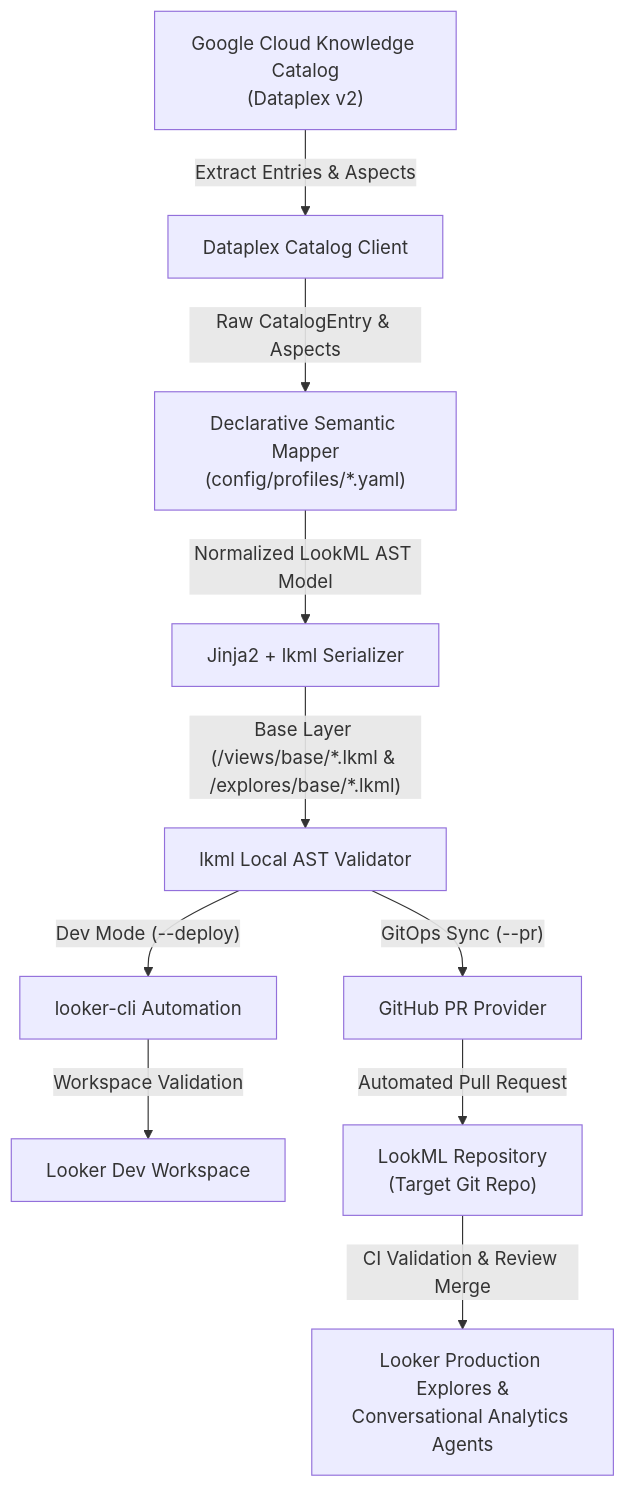
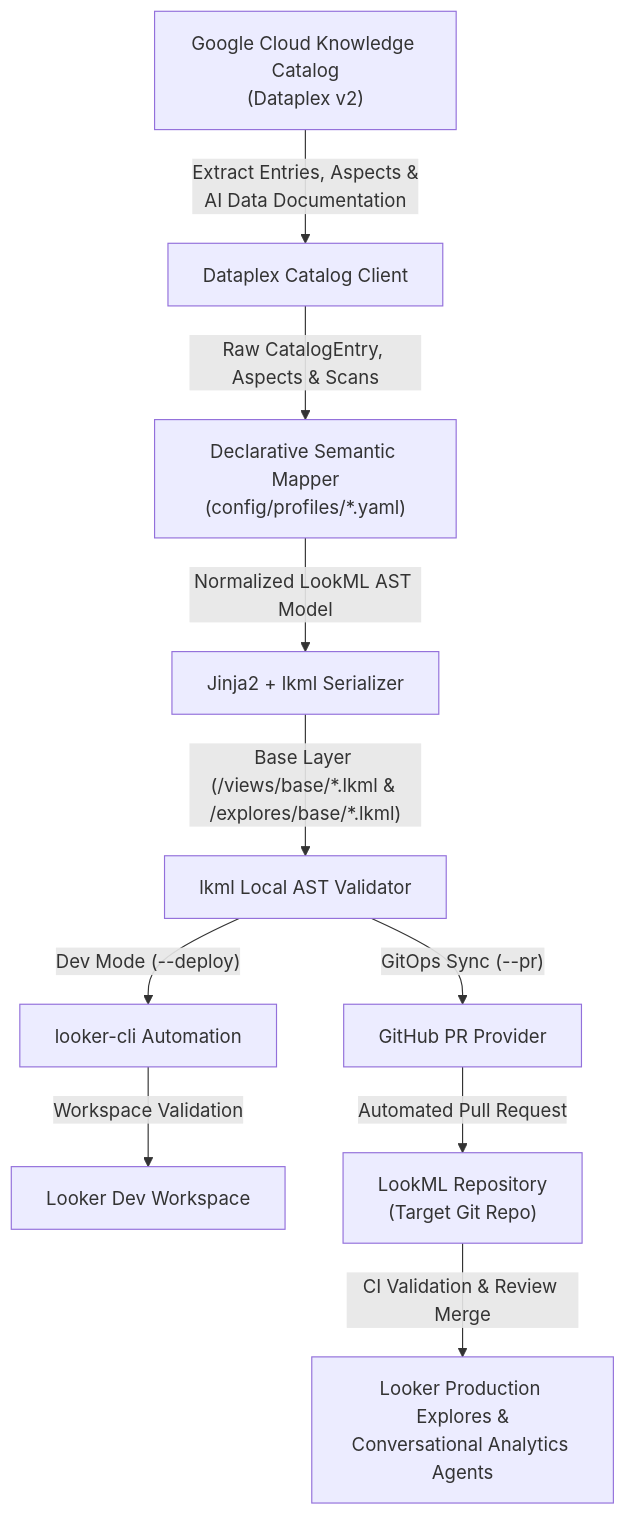
The diagram in README.md (brettguenther/knowledge-catalog-looker-sync), drawn with Mermaid before and after one commit. The commit also changed other lines of this file and 1 other file, not shown here.

Commit message:
docs: document Knowledge Catalog AI Data Documentation integration and fallback features

````diff
--- a/README.md
+++ b/README.md
@@ -9,14 +9,14 @@
 ```mermaid
 flowchart TD
-    KC["Google Cloud Knowledge Catalog<br/>(Dataplex v2)"] -->|"Extract Entries & Aspects"| Extractor["Dataplex Catalog Client"]
-    Extractor -->|"Raw CatalogEntry & Aspects"| Mapper["Declarative Semantic Mapper<br/>(config/profiles/*.yaml)"]
+    KC["Google Cloud Knowledge Catalog<br/>(Dataplex v2)"] -->|"Extract Entries, Aspects &<br/>AI Data Documentation"| Extractor["Dataplex Catalog Client"]
+    Extractor -->|"Raw CatalogEntry, Aspects & Scans"| Mapper["Declarative Semantic Mapper<br/>(config/profiles/*.yaml)"]
     Mapper -->|"Normalized LookML AST Model"| Generator["Jinja2 + lkml Serializer"]
     Generator -->|"Base Layer (/views/base/*.lkml & /explores/base/*.lkml)"| Validator["lkml Local AST Validator"]
 
     Validator -->|"Dev Mode (--deploy)"| LookerCLI["looker-cli Automation"]
     LookerCLI -->|"Workspace Validation"| LookerDev["Looker Dev Workspace"]
 
     Validator -->|"GitOps Sync (--pr)"| GitClient["GitHub PR Provider"]
     GitClient -->|"Automated Pull Request"| GitHub["LookML Repository<br/>(Target Git Repo)"]
     GitHub -->|"CI Validation & Review Merge"| LookerProd["Looker Production Explores &<br/>Conversational Analytics Agents"]
 ```
````
